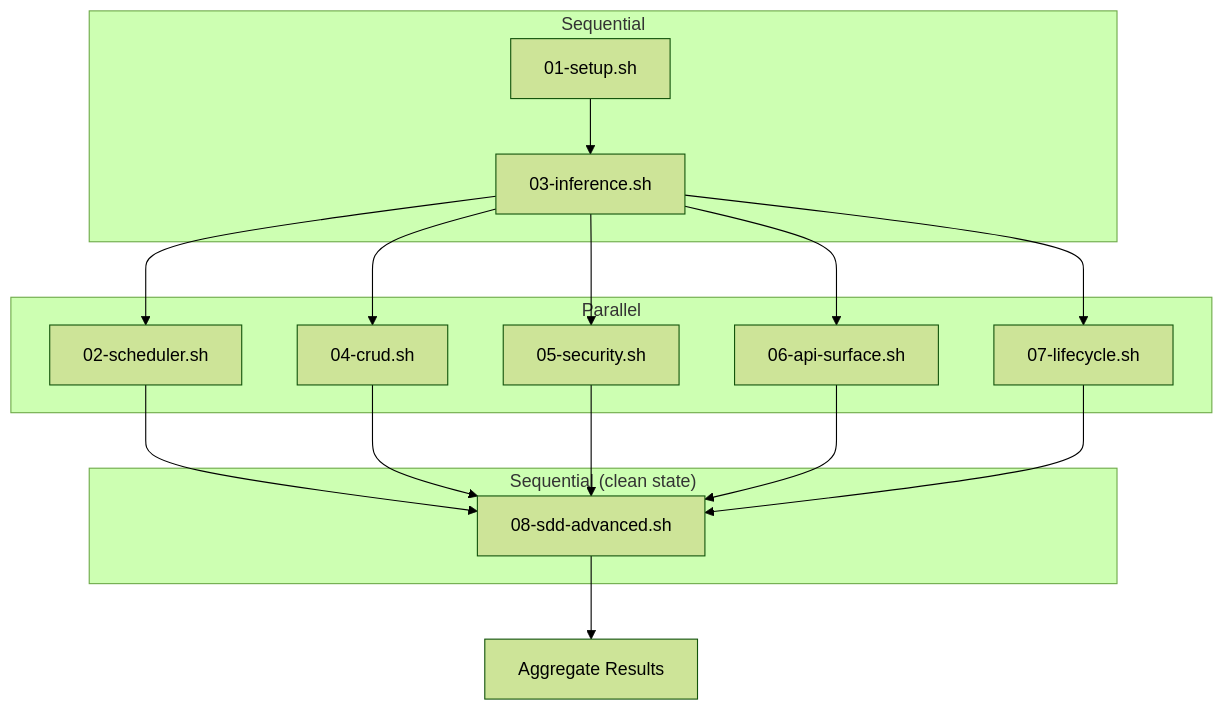
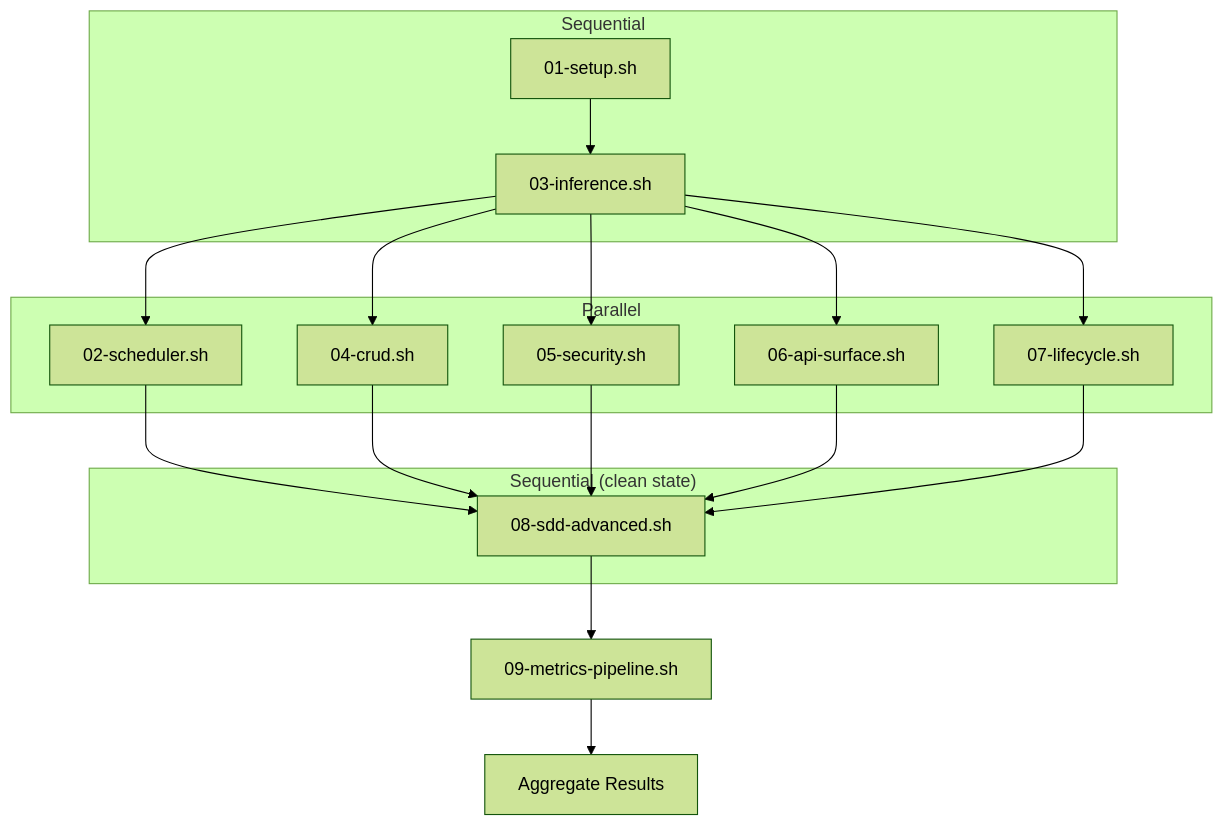
The first of 9 diagrams in scripts/e2e/README.md (beegy-labs/veronex), drawn with Mermaid (forest theme) before and after one commit. The commit also changed other lines of this file and 148 other files, not shown here.

````diff
--- a/scripts/e2e/README.md
+++ b/scripts/e2e/README.md
@@ -23,24 +23,25 @@
 ```mermaid
 flowchart TD
     subgraph "Sequential"
         S01["01-setup.sh"]
         S03["03-inference.sh"]
         S01 --> S03
     end
 
     subgraph "Parallel"
         P02["02-scheduler.sh"]
         P04["04-crud.sh"]
         P05["05-security.sh"]
         P06["06-api-surface.sh"]
         P07["07-lifecycle.sh"]
     end
 
     subgraph "Sequential (clean state)"
         S08["08-sdd-advanced.sh"]
     end
 
     S03 --> P02 & P04 & P05 & P06 & P07
     P02 & P04 & P05 & P06 & P07 --> S08
-    S08 --> Result["Aggregate Results"]
+    S08 --> S09["09-metrics-pipeline.sh"]
+    S09 --> Result["Aggregate Results"]
 ```
````
